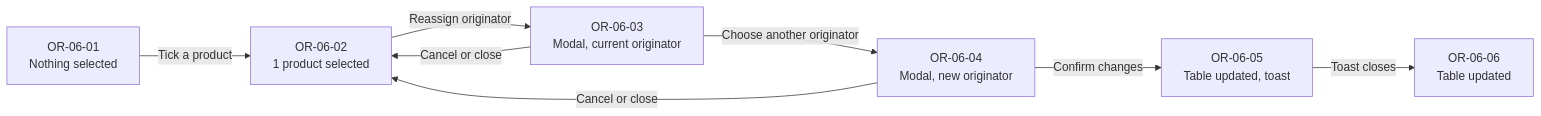
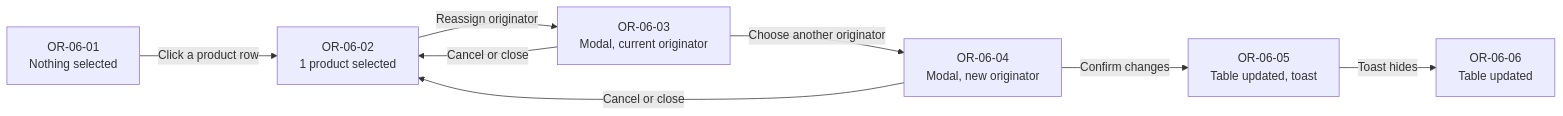
One commit to OGI-Product-Design/buckholt-ai changed the sixth of 11 diagrams in Originators/originators-spec.md. Above: the diagram before and after it, drawn with Mermaid. The commit also changed other lines of this file, not shown here.

````diff
--- a/Originators/originators-spec.md
+++ b/Originators/originators-spec.md
@@ -540,10 +582,10 @@
 ```mermaid
 flowchart LR
-  A[OR-06-01<br/>Nothing selected] -->|Tick a product| B[OR-06-02<br/>1 product selected]
+  A[OR-06-01<br/>Nothing selected] -->|Click a product row| B[OR-06-02<br/>1 product selected]
   B -->|Reassign originator| C[OR-06-03<br/>Modal, current originator]
   C -->|Choose another originator| D[OR-06-04<br/>Modal, new originator]
   D -->|Confirm changes| E[OR-06-05<br/>Table updated, toast]
-  E -->|Toast closes| F[OR-06-06<br/>Table updated]
+  E -->|Toast hides| F[OR-06-06<br/>Table updated]
   C -->|Cancel or close| B
   D -->|Cancel or close| B
 ```
````
